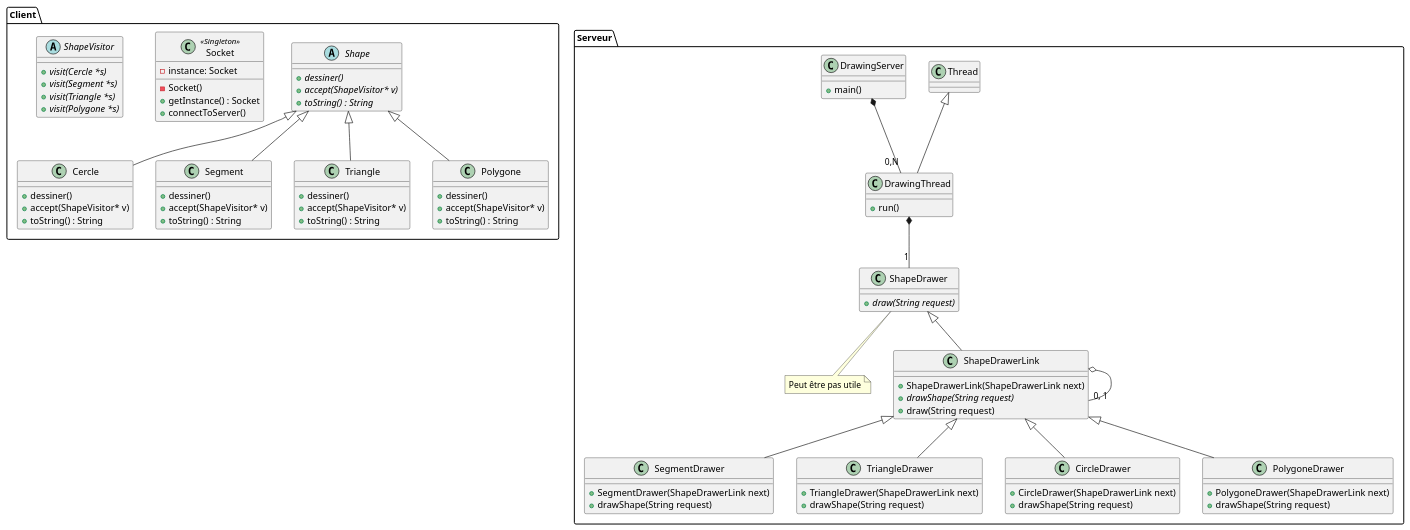
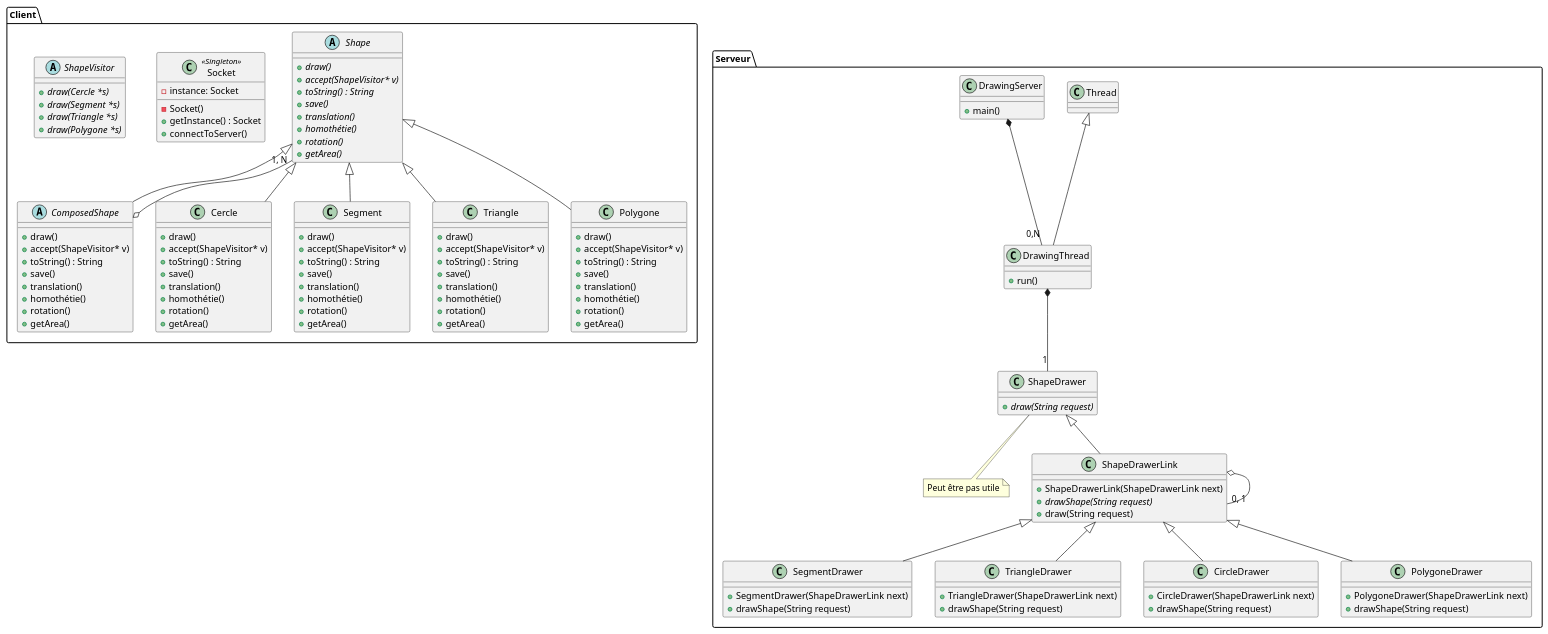
The diagram in UML/uml.plantuml (Yutsa/Client-Server-Shape-drawer), drawn with PlantUML before and after one commit. The commit also changed 1 other file, not shown here.

```diff
--- a/UML/uml.plantuml
+++ b/UML/uml.plantuml
@@ -1,100 +1,139 @@
 @startuml
 package Client {
     abstract class Shape {
-        +{abstract} dessiner()
+        +{abstract} draw()
         +{abstract} accept(ShapeVisitor* v)
         +{abstract} toString() : String
+        +{abstract} save()
+        +{abstract} translation()
+        +{abstract} homothétie()
+        +{abstract} rotation()
+        +{abstract} getArea()
     }
-    class Cercle {
-        +dessiner()
+
+    abstract class ComposedShape {
+        +draw()
         +accept(ShapeVisitor* v)
         +toString() : String
+        +save()
+        +translation()
+        +homothétie()
+        +rotation()
+        +getArea()
+    }
+
+    class Cercle {
+        +draw()
+        +accept(ShapeVisitor* v)
+        +toString() : String
+        +save()
+        +translation()
+        +homothétie()
+        +rotation()
+        +getArea()
     }
     class Segment {
-        +dessiner()
+        +draw()
         +accept(ShapeVisitor* v)
         +toString() : String
+        +save()
+        +translation()
+        +homothétie()
+        +rotation()
+        +getArea()
     }
     class Triangle {
-        +dessiner()
+        +draw()
         +accept(ShapeVisitor* v)
         +toString() : String
+        +save()
+        +translation()
+        +homothétie()
+        +rotation()
+        +getArea()
     }
     class Polygone {
-        +dessiner()
+        +draw()
         +accept(ShapeVisitor* v)
         +toString() : String
+        +save()
+        +translation()
+        +homothétie()
+        +rotation()
+        +getArea()
     }
     class Socket << Singleton >> {
         -instance: Socket
         -Socket()
         +getInstance() : Socket
         +connectToServer()
     }
 
     abstract class ShapeVisitor {
-        +{abstract} visit(Cercle *s)
-        +{abstract} visit(Segment *s)
-        +{abstract} visit(Triangle *s)
-        +{abstract} visit(Polygone *s)
+        +{abstract} draw(Cercle *s)
+        +{abstract} draw(Segment *s)
+        +{abstract} draw(Triangle *s)
+        +{abstract} draw(Polygone *s)
     }
 }
 
 package Serveur {
     class Thread
     class DrawingServer {
         +main()
     }
     class DrawingThread {
         +run()
     }
 
     class ShapeDrawer {
         +{abstract}draw(String request)
     }
 
     note "Peut être pas utile" as N1
 
     ShapeDrawer..N1
 
     class ShapeDrawerLink {
         +ShapeDrawerLink(ShapeDrawerLink next)
         +{abstract} drawShape(String request)
         +draw(String request)
     }
 
     class SegmentDrawer {
         +SegmentDrawer(ShapeDrawerLink next)
         +drawShape(String request)
     }
 
     class TriangleDrawer {
         +TriangleDrawer(ShapeDrawerLink next)
         +drawShape(String request)
     }
 
     class CircleDrawer {
         +CircleDrawer(ShapeDrawerLink next)
         +drawShape(String request)
     }
 
     class PolygoneDrawer {
         +PolygoneDrawer(ShapeDrawerLink next)
         +drawShape(String request)
     }
 
 }
 Shape <|-- Cercle
 Shape <|-- Segment
 Shape <|-- Triangle
 Shape <|-- Polygone
 DrawingServer *-- "0,N" DrawingThread
 Thread <|-- DrawingThread
 ShapeDrawer <|-- ShapeDrawerLink
 ShapeDrawerLink o-- "0, 1" ShapeDrawerLink
 ShapeDrawerLink <|-- SegmentDrawer
 ShapeDrawerLink <|-- TriangleDrawer
 ShapeDrawerLink <|-- CircleDrawer
 ShapeDrawerLink <|-- PolygoneDrawer
 DrawingThread *-- "1" ShapeDrawer
+ComposedShape o-- "1, N" Shape
+Shape <|-- ComposedShape
 @enduml
```
